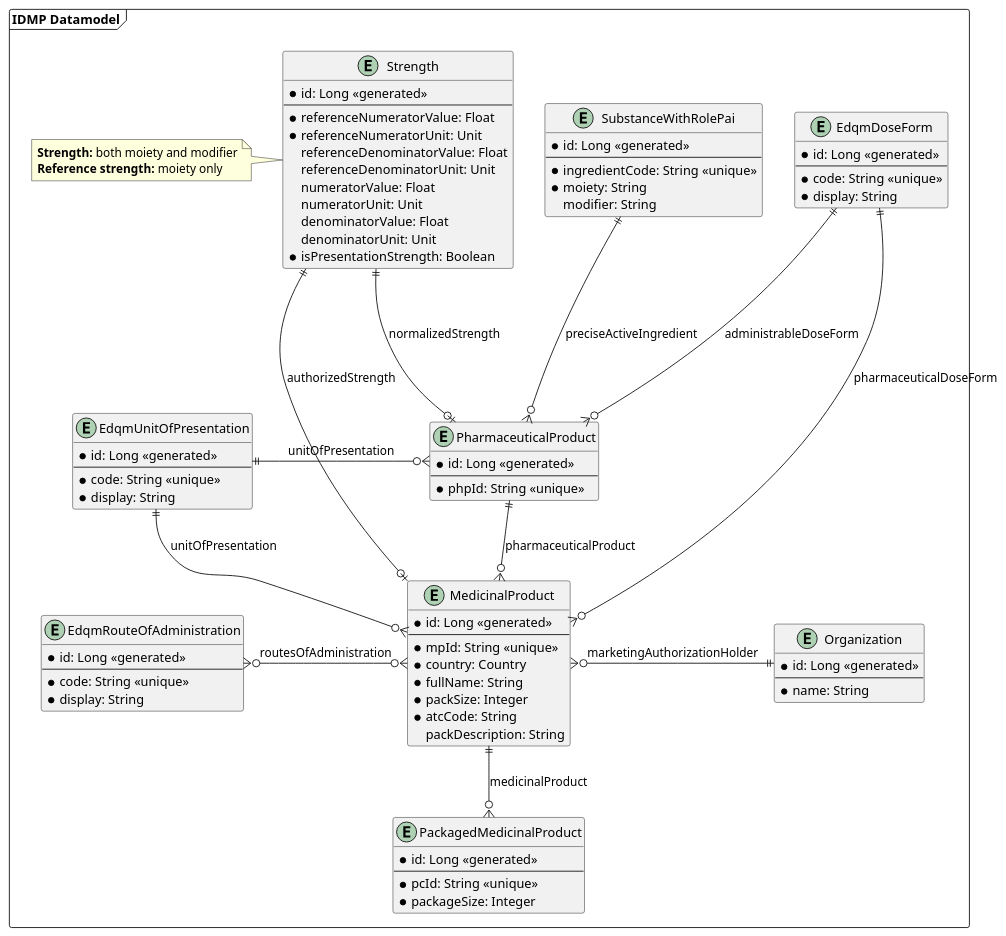
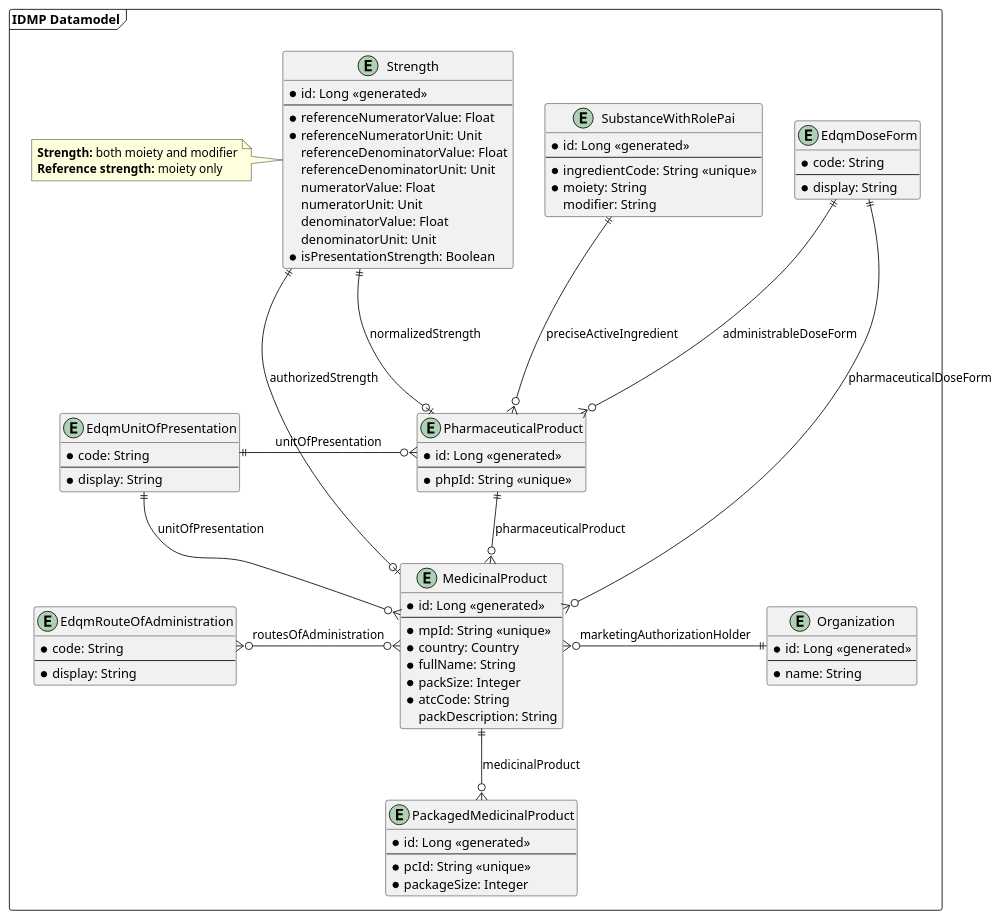
One commit to unicom-project-eu/wp6-db-api changed the diagram in uml/class/datamodel.puml. Above: the diagram before and after it, drawn with PlantUML. The commit also changed 4 other files, not shown here.

```diff
--- a/uml/class/datamodel.puml
+++ b/uml/class/datamodel.puml
@@ -1,101 +1,98 @@
 @startuml
 'https://plantuml.com/class-diagram
 
 package "IDMP Datamodel" as idmpDatamodel <<frame>> {
     entity EdqmRouteOfAdministration {
-        * id: Long <<generated>>
+        * code: String
         --
-        * code: String <<unique>>
         * display: String
     }
 
     entity EdqmUnitOfPresentation {
-        * id: Long <<generated>>
+        * code: String
         --
-        * code: String <<unique>>
         * display: String
     }
 
     together {
         entity EdqmDoseForm {
-            * id: Long <<generated>>
+            * code: String
             --
-            * code: String <<unique>>
             * display: String
         }
 
         entity Strength {
             * id: Long <<generated>>
             --
             * referenceNumeratorValue: Float
             * referenceNumeratorUnit: Unit
             referenceDenominatorValue: Float
             referenceDenominatorUnit: Unit
             numeratorValue: Float
             numeratorUnit: Unit
             denominatorValue: Float
             denominatorUnit: Unit
             * isPresentationStrength: Boolean
         }
 
         entity SubstanceWithRolePai {
             * id: Long <<generated>>
             --
             * ingredientCode: String <<unique>>
             * moiety: String
             modifier: String
         }
 
         note left of Strength {
                     **Strength:** both moiety and modifier
                     **Reference strength:** moiety only
                 }
     }
 
     entity PharmaceuticalProduct {
         * id: Long <<generated>>
         --
         * phpId: String <<unique>>
     }
 
     entity MedicinalProduct {
         * id: Long <<generated>>
         --
         * mpId: String <<unique>>
         * country: Country
         * fullName: String
         * packSize: Integer
         * atcCode: String
         packDescription: String
     }
 
     entity PackagedMedicinalProduct {
         * id: Long <<generated>>
         --
         * pcId: String <<unique>>
         * packageSize: Integer
     }
 
     entity Organization {
         * id: Long <<generated>>
         --
         * name: String
     }
 
     EdqmUnitOfPresentation ||-o{ PharmaceuticalProduct : unitOfPresentation
     EdqmUnitOfPresentation ||--o{ MedicinalProduct : unitOfPresentation
 
     SubstanceWithRolePai ||---o{ PharmaceuticalProduct : preciseActiveIngredient
     EdqmDoseForm ||---o{ PharmaceuticalProduct : administrableDoseForm
     Strength ||---o| PharmaceuticalProduct : normalizedStrength
 
     PharmaceuticalProduct ||--o{ MedicinalProduct : pharmaceuticalProduct
 
     MedicinalProduct ||--o{ PackagedMedicinalProduct : medicinalProduct
     MedicinalProduct }o--|| EdqmDoseForm : pharmaceuticalDoseForm
     MedicinalProduct |o--|| Strength : authorizedStrength
     EdqmRouteOfAdministration }o-o{ MedicinalProduct : routesOfAdministration
 
     MedicinalProduct }o-|| Organization : marketingAuthorizationHolder
 }
 @enduml
```
